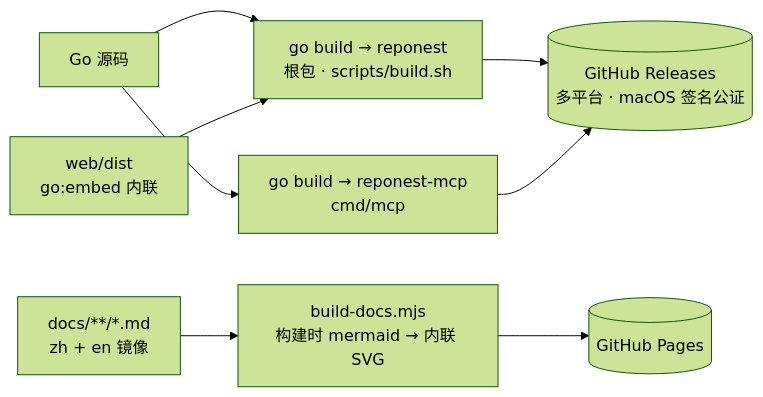
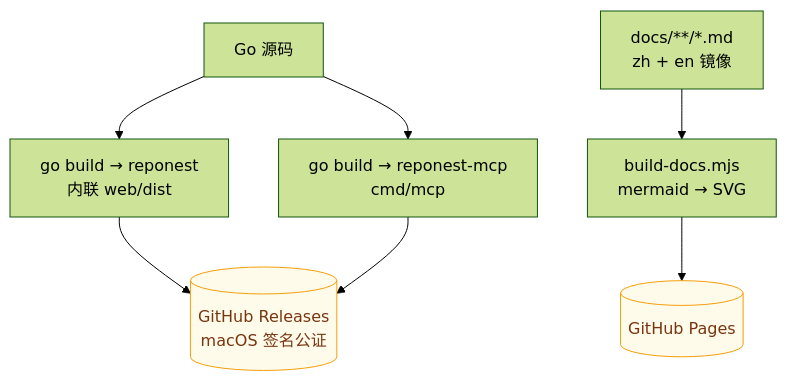
The fourth of 4 diagrams in docs/architecture.md (sky-jiangcheng/RepoNest), drawn with Mermaid (forest theme) before and after one commit. The commit also changed other lines of this file and 14 other files, not shown here.

First line of the commit message:
docs(diagrams): 全站 mermaid 图重构 — 告别'宽扁香肠'布局

````diff
--- a/docs/architecture.md
+++ b/docs/architecture.md
@@ -92,10 +97,11 @@
 ```mermaid
-flowchart LR
-    SRC["Go 源码"] --> B1["go build → reponest<br/>根包 · scripts/build.sh"]
+flowchart TB
+    SRC["Go 源码"] --> B1["go build → reponest<br/>内联 web/dist"]
     SRC --> B2["go build → reponest-mcp<br/>cmd/mcp"]
-    WEB["web/dist<br/>go:embed 内联"] --> B1
-    MD["docs/**/*.md<br/>zh + en 镜像"] --> B3["build-docs.mjs<br/>构建时 mermaid → 内联 SVG"]
+    B1 --> REL[("GitHub Releases<br/>macOS 签名公证")]
+    B2 --> REL
+    MD["docs/**/*.md<br/>zh + en 镜像"] --> B3["build-docs.mjs<br/>mermaid → SVG"]
     B3 --> PAGES[("GitHub Pages")]
-    B1 --> REL[("GitHub Releases<br/>多平台 · macOS 签名公证")]
-    B2 --> REL
+        classDef store fill:#fffbeb,stroke:#f59e0b,color:#78350f
+    class REL,PAGES store
 ```
````
